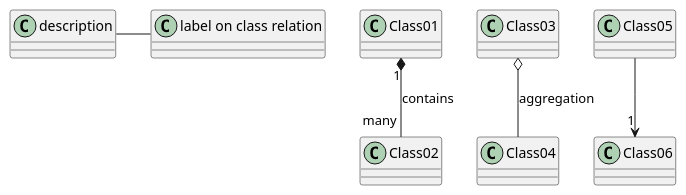
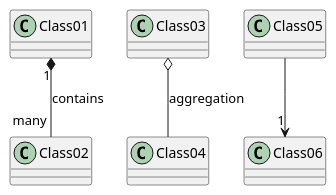
One commit to sogeuni/_wiki changed the third of 38 diagrams in PlantUML/클래스-다이어그램.md. Above: the diagram before and after it, drawn with PlantUML. The commit also changed other lines of this file, not shown here.

Commit message:
Updated 클래스 다이어그램 (markdown)

```diff
--- a/PlantUML/클래스-다이어그램.md
+++ b/PlantUML/클래스-다이어그램.md
@@ -65,6 +63,5 @@
 @startuml
-description - "label on class relation"
 Class01 "1" *-- "many" Class02 : contains
 Class03 o-- Class04 : aggregation
 Class05 --> "1" Class06
 @enduml
```
